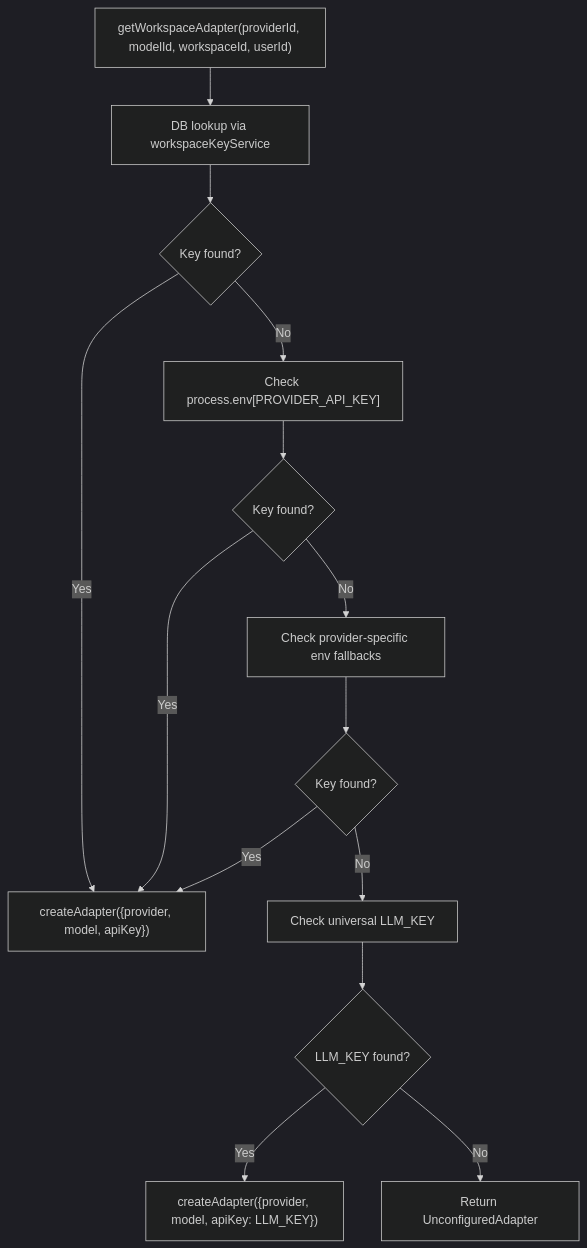
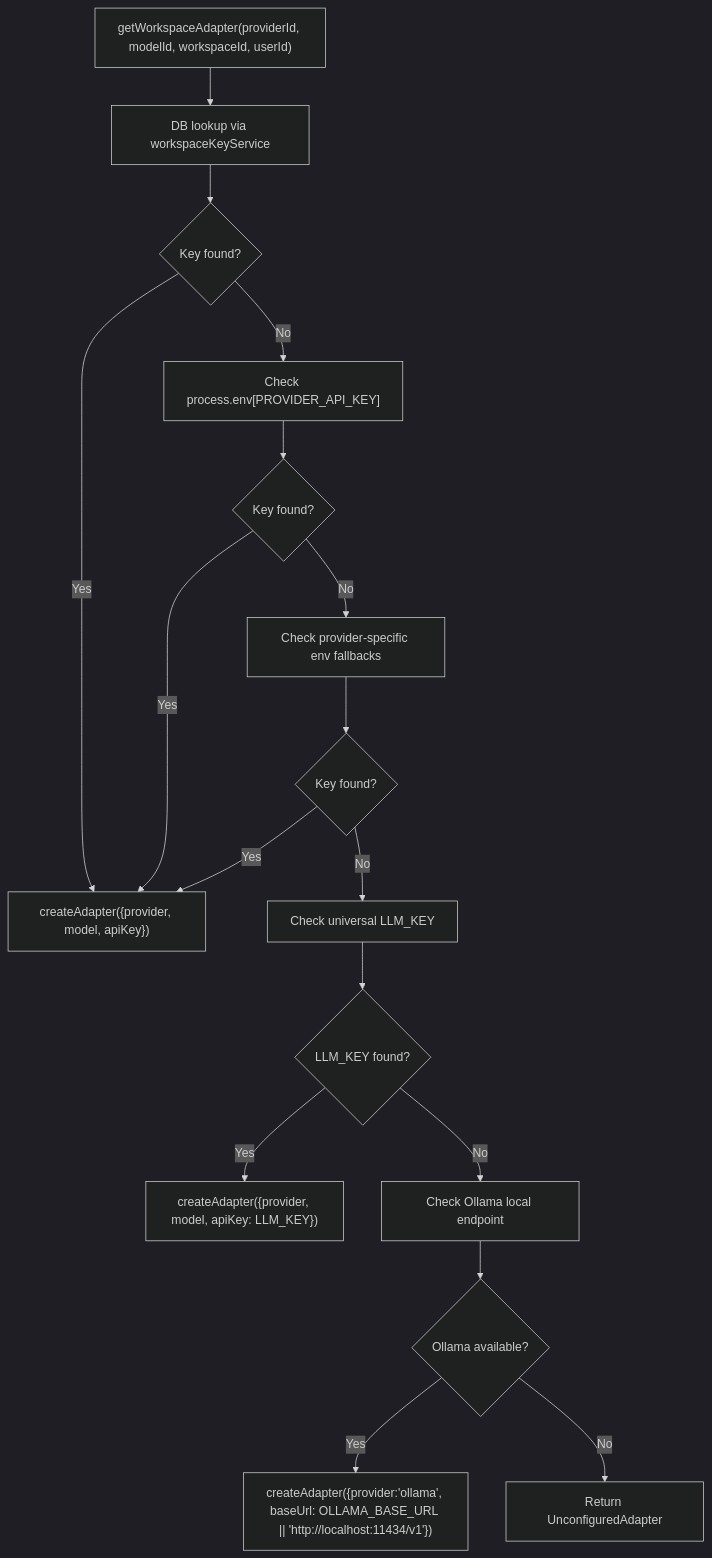
One commit to shekhargiri005-dotcom/AI-powered-accessibility-first-UI-engine changed the fifth of 11 diagrams in .qoder/repowiki/en/content/Architecture & Design/Layered Architecture/Business Logic Layer/AI Provider Adapter System.md. Above: the diagram before and after it, drawn with Mermaid (dark theme). The commit also changed other lines of this file and 10 other files, not shown here.

````diff
--- a/.qoder/repowiki/en/content/Architecture & Design/Layered Architecture/Business Logic Layer/AI Provider Adapter System.md
+++ b/.qoder/repowiki/en/content/Architecture & Design/Layered Architecture/Business Logic Layer/AI Provider Adapter System.md
@@ -274,16 +288,19 @@
 ```mermaid
 flowchart TD
 A["getWorkspaceAdapter(providerId, modelId, workspaceId, userId)"] --> B["DB lookup via workspaceKeyService"]
 B --> C{"Key found?"}
 C -- Yes --> D["createAdapter({provider, model, apiKey})"]
 C -- No --> E["Check process.env[PROVIDER_API_KEY]"]
 E --> F{"Key found?"}
 F -- Yes --> D
 F -- No --> G["Check provider-specific env fallbacks"]
 G --> H{"Key found?"}
 H -- Yes --> D
 H -- No --> I["Check universal LLM_KEY"]
 I --> J{"LLM_KEY found?"}
 J -- Yes --> K["createAdapter({provider, model, apiKey: LLM_KEY})"]
-J -- No --> L["Return UnconfiguredAdapter"]
+J -- No --> L["Check Ollama local endpoint"]
+L --> M{"Ollama available?"}
+M -- Yes --> N["createAdapter({provider:'ollama', baseUrl: OLLAMA_BASE_URL || 'http://localhost:11434/v1'})"]
+M -- No --> O["Return UnconfiguredAdapter"]
 ```
````
